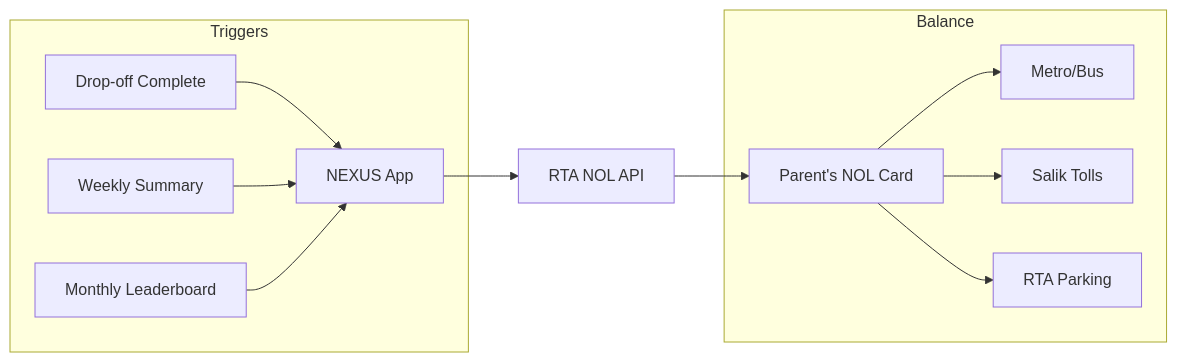
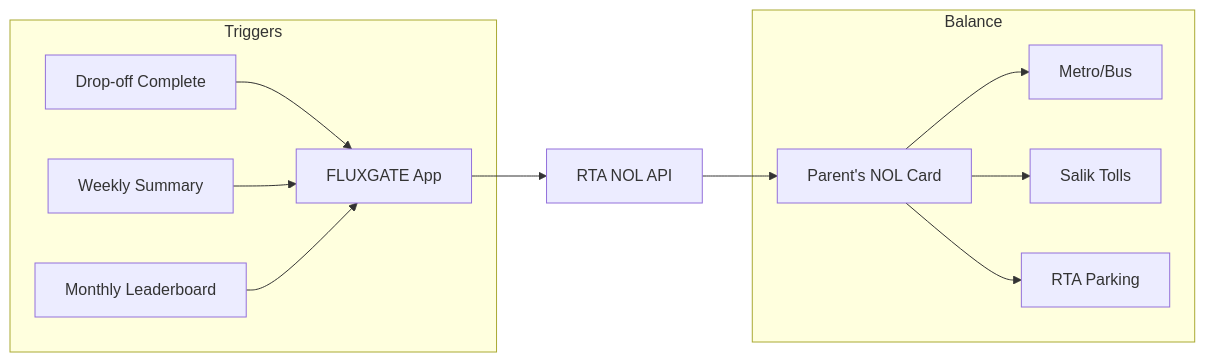
The sixth of 7 diagrams in RTA_NEXUS_Plan.md (HyperionBurn/nexus-command-center), drawn with Mermaid before and after one commit. The commit also changed other lines of this file and 56 other files, not shown here.

Commit message:
Rebrand: NEXUS -> FLUXGATE across entire codebase

````diff
--- a/RTA_NEXUS_Plan.md
+++ b/RTA_NEXUS_Plan.md
@@ -677,17 +677,17 @@
 ```mermaid
 flowchart LR
-    APP[NEXUS App] --> API[RTA NOL API]
+    APP[FLUXGATE App] --> API[RTA NOL API]
     API --> NOL[Parent's NOL Card]
     
     subgraph Triggers
         A[Drop-off Complete] --> APP
         B[Weekly Summary] --> APP
         C[Monthly Leaderboard] --> APP
     end
     
     subgraph Balance
         NOL --> METRO[Metro/Bus]
         NOL --> SALIK[Salik Tolls]
         NOL --> PARK[RTA Parking]
     end
 ```
````
